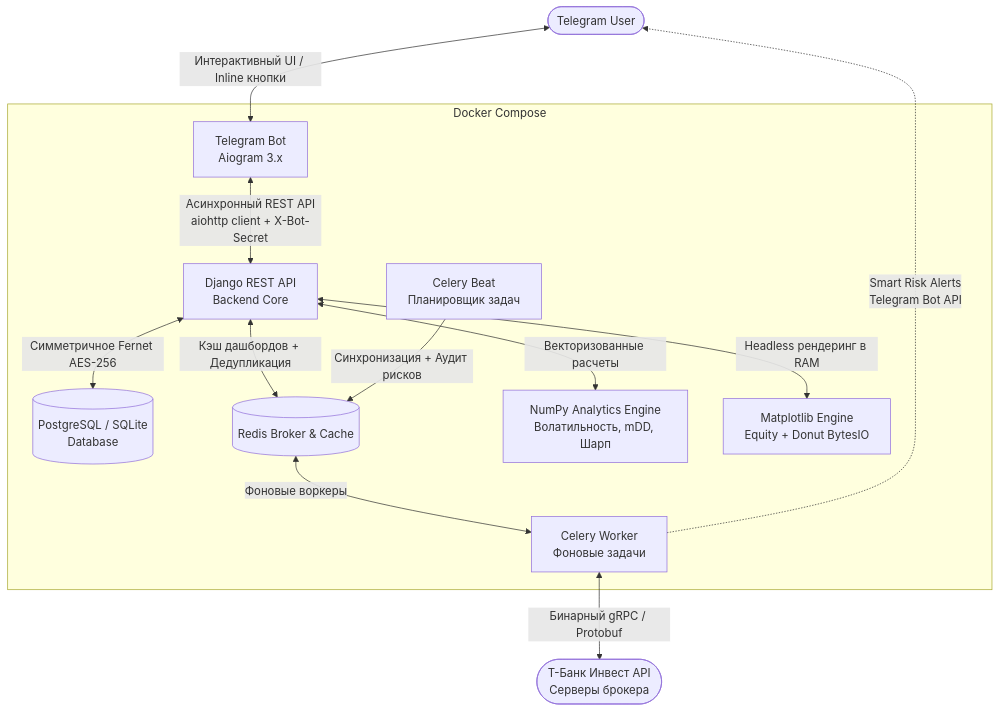
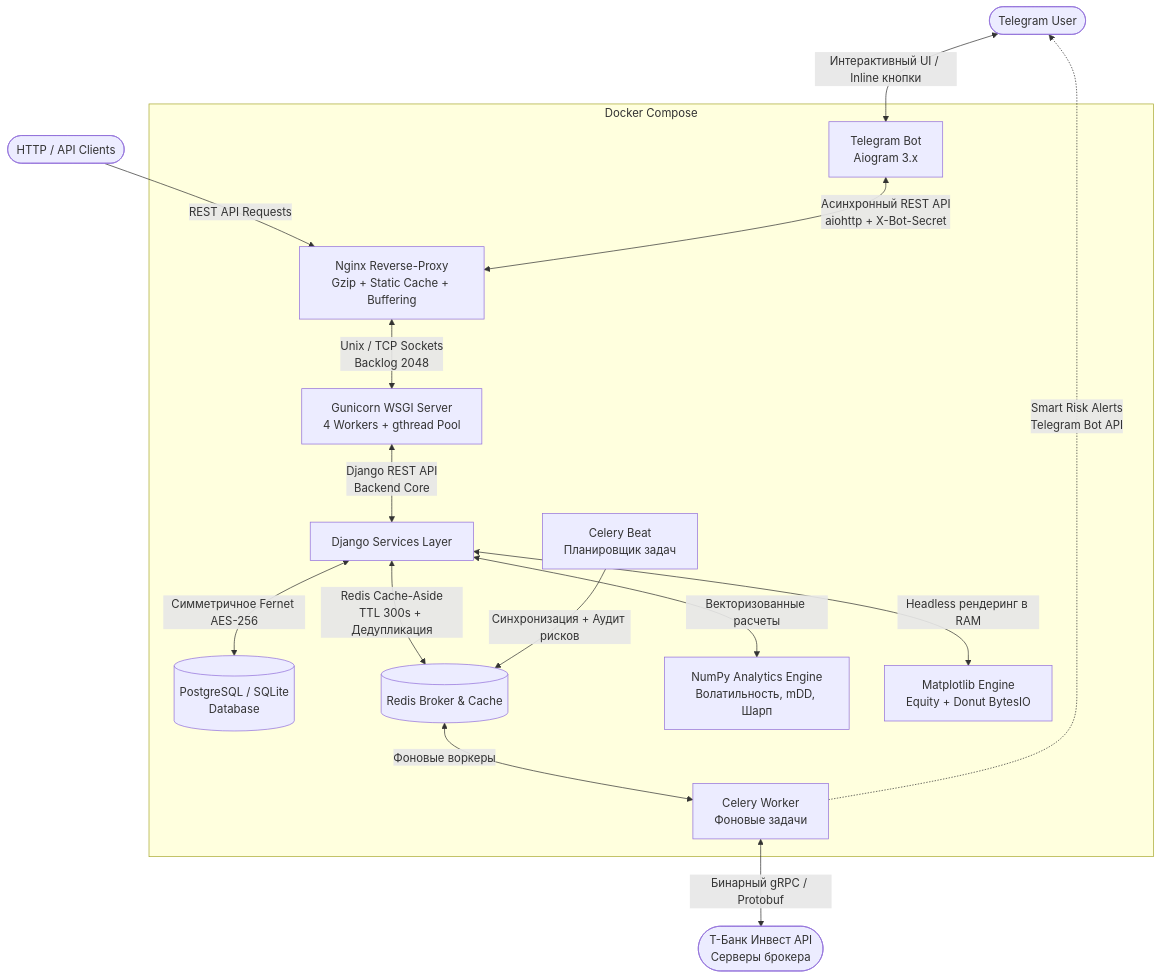
One commit to 31MaeStro13/T_INVEST changed the diagram in README.md. Above: the diagram before and after it, drawn with Mermaid. The commit also changed other lines of this file, not shown here.

Commit message:
docs: enrich README with Nginx/Gunicorn architecture diagram, Highload benchmark section and updated roadmap

````diff
--- a/README.md
+++ b/README.md
@@ -50,20 +50,23 @@
 ```mermaid
 flowchart TD
     User([Telegram User]) <-->|Интерактивный UI / Inline кнопки| Bot[Telegram Bot\nAiogram 3.x]
+    Client([HTTP / API Clients]) -->|REST API Requests| Nginx[Nginx Reverse-Proxy\nGzip + Static Cache + Buffering]
     
     subgraph Core Infrastructure [Docker Compose]
-        Bot <-->|Асинхронный REST API\naiohttp client + X-Bot-Secret| API[Django REST API\nBackend Core]
+        Bot <-->|Асинхронный REST API\naiohttp + X-Bot-Secret| Nginx
+        Nginx <-->|Unix / TCP Sockets\nBacklog 2048| Gunicorn[Gunicorn WSGI Server\n4 Workers + gthread Pool]
+        Gunicorn <-->|Django REST API\nBackend Core| API[Django Services Layer]
         
         API <-->|Симметричное Fernet AES-256| DB[(PostgreSQL / SQLite\nDatabase)]
-        API <-->|Кэш дашбордов + Дедупликация| Redis[(Redis Broker & Cache)]
+        API <-->|Redis Cache-Aside\nTTL 300s + Дедупликация| Redis[(Redis Broker & Cache)]
         
         Beat[Celery Beat\nПланировщик задач] -->|Синхронизация + Аудит рисков| Redis
         Redis <-->|Фоновые воркеры| Worker[Celery Worker\nФоновые задачи]
         
         API <-->|Векторизованные расчеты| Engine[NumPy Analytics Engine\nВолатильность, mDD, Шарп]
         API <-->|Headless рендеринг в RAM| Charts[Matplotlib Engine\nEquity + Donut BytesIO]
     end
     
     Worker <-->|Бинарный gRPC / Protobuf| TBank([Т-Банк Инвест API\nСерверы брокера])
     Worker -.->|Smart Risk Alerts\nTelegram Bot API| User
 ```
````
